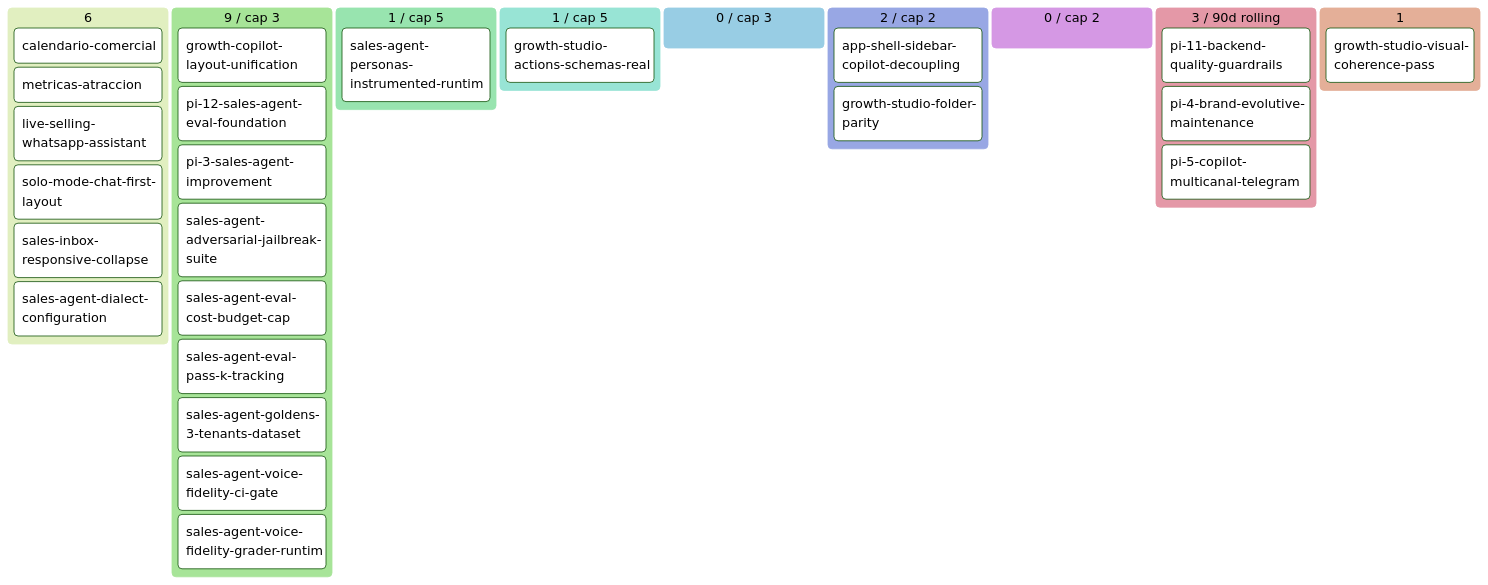
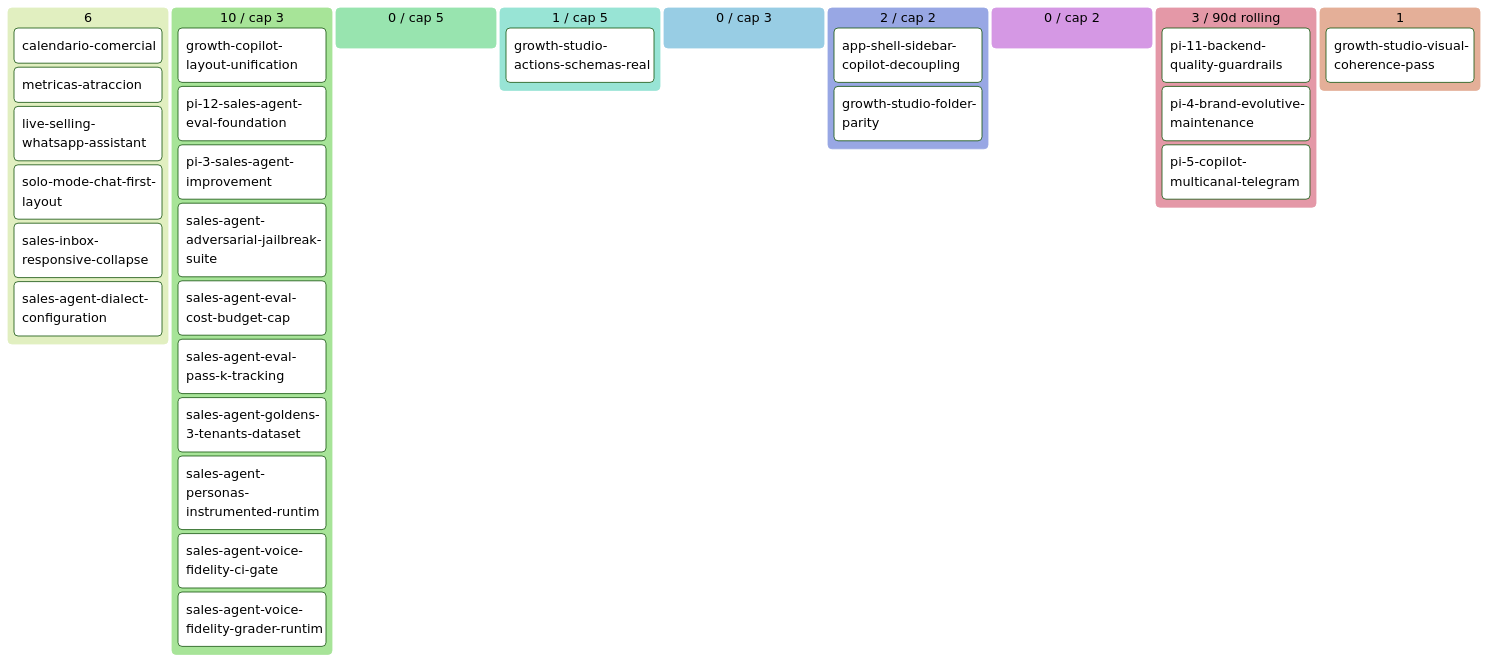
Before and after one commit to alpacapurpura/ap_sales_agent: the diagram in docs/product/BACKLOG.md, drawn with Mermaid (forest theme). The commit also changed other lines of this file and 16 other files, not shown here.

````diff
--- a/docs/product/BACKLOG.md
+++ b/docs/product/BACKLOG.md
@@ -58,35 +59,35 @@
 ```mermaid
 kanban
   💡 Ideas (6)
     calendario-comercial[calendario-comercial]
     metricas-atraccion[metricas-atraccion]
     live-selling-whatsapp-assistan[live-selling-whatsapp-assistant]
     solo-mode-chat-first-layout[solo-mode-chat-first-layout]
     sales-inbox-responsive-collaps[sales-inbox-responsive-collapse]
     sales-agent-dialect-configurat[sales-agent-dialect-configuration]
-  🔬 Refining (9 / cap 3)
+  🔬 Refining (10 / cap 3)
     growth-copilot-layout-unificat[growth-copilot-layout-unification]
     pi-12-sales-agent-eval-foundat[pi-12-sales-agent-eval-foundation]
     pi-3-sales-agent-improvement[pi-3-sales-agent-improvement]
     sales-agent-adversarial-jailbr[sales-agent-adversarial-jailbreak-suite]
     sales-agent-eval-cost-budget-c[sales-agent-eval-cost-budget-cap]
     sales-agent-eval-pass-k-tracki[sales-agent-eval-pass-k-tracking]
     sales-agent-goldens-3-tenants-[sales-agent-goldens-3-tenants-dataset]
+    sales-agent-personas-instrumen[sales-agent-personas-instrumented-runtim]
     sales-agent-voice-fidelity-ci-[sales-agent-voice-fidelity-ci-gate]
     sales-agent-voice-fidelity-gra[sales-agent-voice-fidelity-grader-runtim]
-  ✅ Refined (1 / cap 5)
-    sales-agent-personas-instrumen[sales-agent-personas-instrumented-runtim]
+  ✅ Refined (0 / cap 5)
   📦 Ready (1 / cap 5)
     growth-studio-actions-schemas-[growth-studio-actions-schemas-real]
   🔨 Developing (0 / cap 3)
   🧪 Developed (2 / cap 2)
     app-shell-sidebar-copilot-deco[app-shell-sidebar-copilot-decoupling]
     growth-studio-folder-parity[growth-studio-folder-parity]
   🔍 Reviewing (0 / cap 2)
   ✅ Done (3 / 90d rolling)
     pi-11-backend-quality-guardrai[pi-11-backend-quality-guardrails]
     pi-4-brand-evolutive-maintenan[pi-4-brand-evolutive-maintenance]
     pi-5-copilot-multicanal-telegr[pi-5-copilot-multicanal-telegram]
   🅿 Parked (1)
     growth-studio-visual-coherence[growth-studio-visual-coherence-pass]
 ```
````
